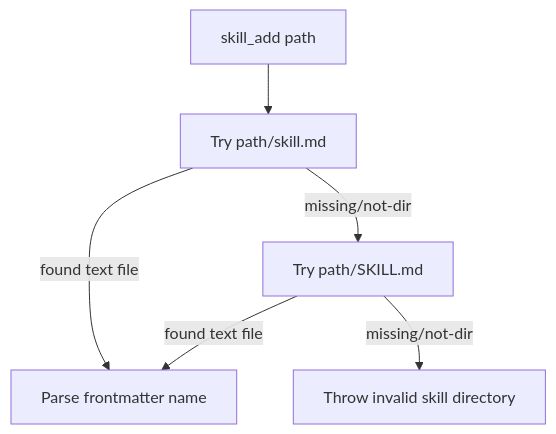
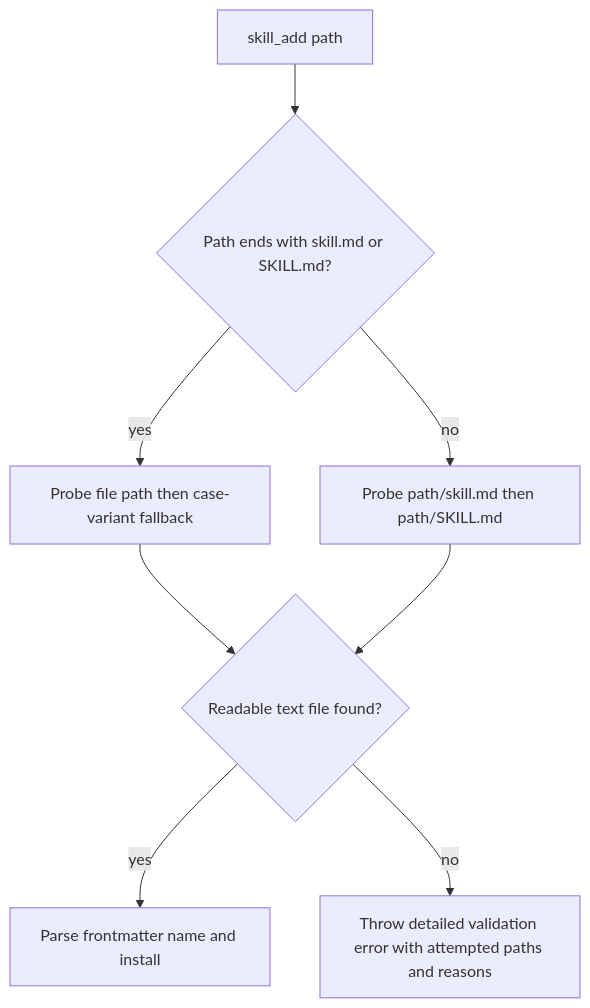
Before and after one commit to ex3ndr/daycare: the diagram in doc/internals/skill-add-local-folder.md, drawn with Mermaid. The commit also changed other lines of this file and 2 other files, not shown here.

Commit message:
refactor(tools): improve skill_add path validation

````diff
--- a/doc/internals/skill-add-local-folder.md
+++ b/doc/internals/skill-add-local-folder.md
@@ -8,8 +9,10 @@
 ```mermaid
 flowchart TD
-    A[skill_add path] --> B[Try path/skill.md]
-    B -->|found text file| C[Parse frontmatter name]
-    B -->|missing/not-dir| D[Try path/SKILL.md]
-    D -->|found text file| C
-    D -->|missing/not-dir| E[Throw invalid skill directory]
+    A[skill_add path] --> B{Path ends with skill.md or SKILL.md?}
+    B -->|yes| C[Probe file path then case-variant fallback]
+    B -->|no| D[Probe path/skill.md then path/SKILL.md]
+    C --> E{Readable text file found?}
+    D --> E
+    E -->|yes| F[Parse frontmatter name and install]
+    E -->|no| G[Throw detailed validation error with attempted paths and reasons]
 ```
````
